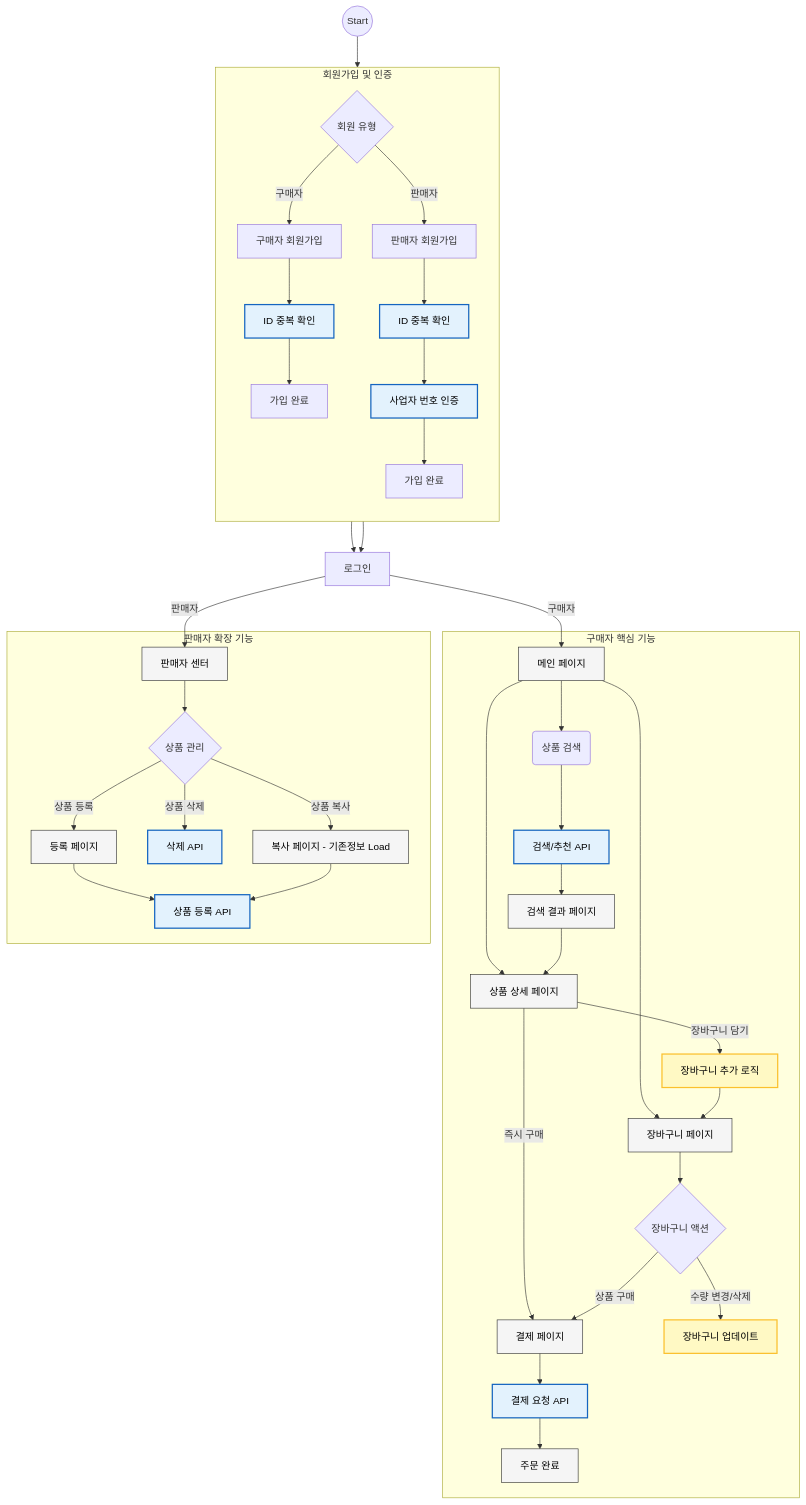
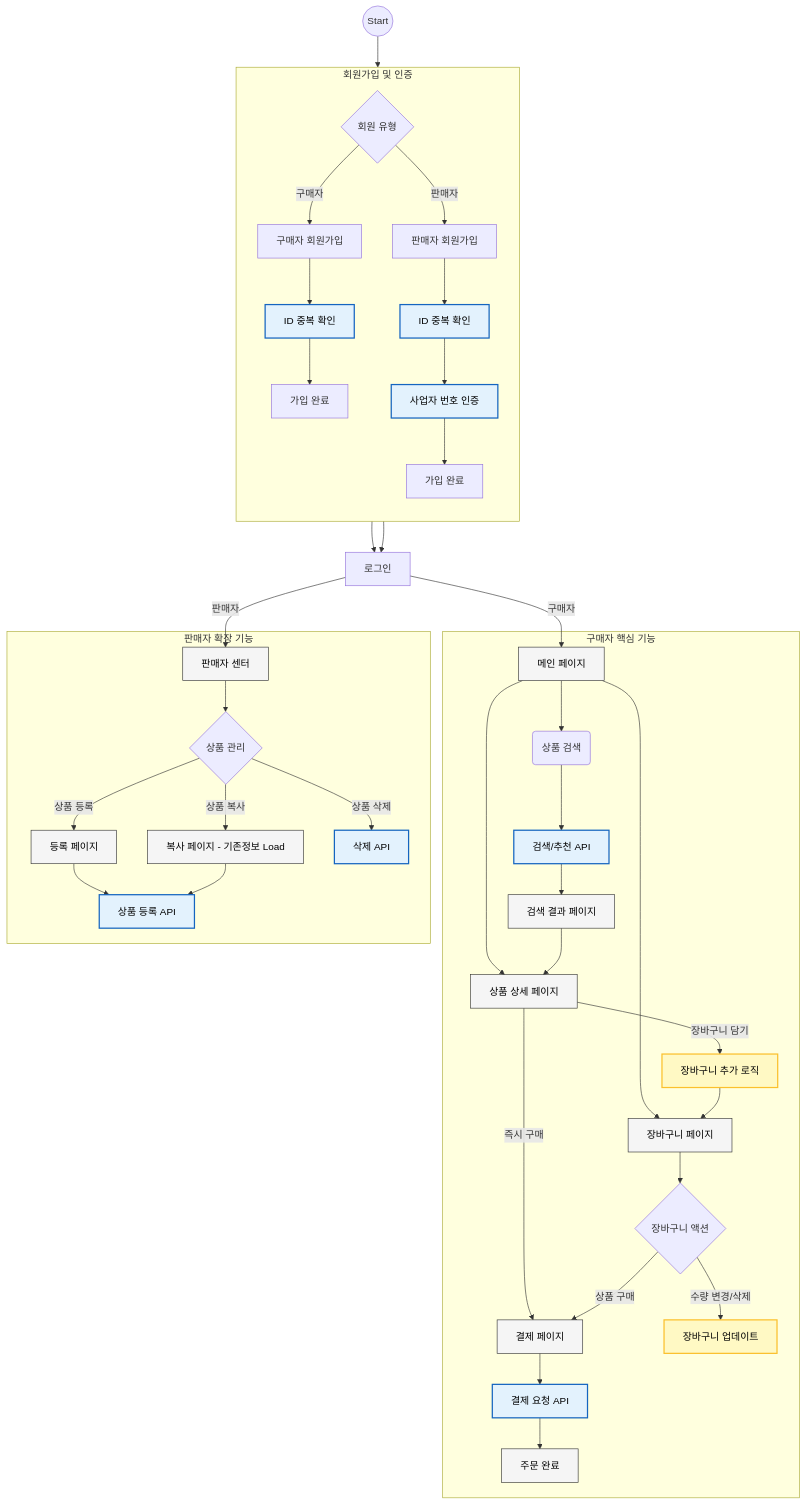
Before and after one commit to DongmyeongBack/openMarket: the first of 2 diagrams in README.md, drawn with Mermaid.

Commit message:
제목 크기 조정

````diff
--- a/README.md
+++ b/README.md
@@ -8,73 +8,75 @@
 ```mermaid
         flowchart TD
         %% 스타일 정의
         classDef api fill:#e3f2fd,stroke:#1565c0,stroke-width:2px,color:black;
         classDef logic fill:#fff9c4,stroke:#fbc02d,stroke-width:2px,color:black;
         classDef page fill:#f5f5f5,stroke:#333,stroke-width:1px,color:black;
 
+        classDef subTitle font-size:20px,font-weight:bold,fill:none,stroke:#333,stroke-width:2px;
+        
         Start((Start)) --> Choice{회원 유형}
 
         %% 1. 인증 프로세스
         subgraph Auth_Process [회원가입 및 인증]
             direction TB
             Choice -- 구매자 --> B_Join[구매자 회원가입]
             Choice -- 판매자 --> S_Join[판매자 회원가입]
             
             B_Join --> ID_Check1[ID 중복 확인]:::api
             S_Join --> ID_Check2[ID 중복 확인]:::api
             
             ID_Check1 --> B_Valid[가입 완료]
             
             ID_Check2 --> Biz_Check[사업자 번호 인증]:::api
             Biz_Check --> S_Valid[가입 완료]
         end
 
         %% 로그인 후 분기
         B_Valid --> Login[로그인]
         S_Valid --> Login
         Login -- 구매자 --> Main[메인 페이지]:::page
         Login -- 판매자 --> SellerCenter[판매자 센터]:::page
 
         %% 2. 구매자 핵심 기능
         subgraph Buyer_Features [구매자 핵심 기능]
             %% 메인 및 검색
             Main --> Search(상품 검색)
             Search --> SearchAPI[검색/추천 API]:::api
             SearchAPI --> SearchResult[검색 결과 페이지]:::page
             
             %% 메인 -> 이동 경로
             Main --> Cart[장바구니 페이지]:::page
             Main --> ProdDetail[상품 상세 페이지]:::page
             SearchResult --> ProdDetail
 
             %% 상품 상세 로직
             ProdDetail -- 즉시 구매 --> PayPage[결제 페이지]:::page
             ProdDetail -- 장바구니 담기 --> AddCartLogic[장바구니 추가 로직]:::logic
             AddCartLogic --> Cart
 
             %% 장바구니 기능
             Cart --> CartAction{장바구니 액션}
             CartAction -- 수량 변경/삭제 --> UpdateCart[장바구니 업데이트]:::logic
             UpdateCart
             CartAction -- 상품 구매 --> PayPage
 
             %% 결제
             PayPage --> DoPay[결제 요청 API]:::api
             DoPay --> OrderComplete[주문 완료]:::page
         end
 
         %% 3. 판매자 확장 기능
         subgraph Seller_Features [판매자 확장 기능]
             SellerCenter --> S_Action{상품 관리}
             
             S_Action -- 상품 등록 --> RegPage[등록 페이지]:::page
             RegPage --> RegAPI[상품 등록 API]:::api
             RegAPI
 
+            S_Action -- 상품 복사 --> CopyPage[복사 페이지 - 기존정보 Load]:::page
+            CopyPage --> RegAPI
+
             S_Action -- 상품 삭제 --> DelAPI[삭제 API]:::api
             DelAPI
-
-            S_Action -- 상품 복사 --> CopyPage[복사 페이지 - 기존정보 Load]:::page
-            CopyPage --> RegAPI
         end
 ```
````
